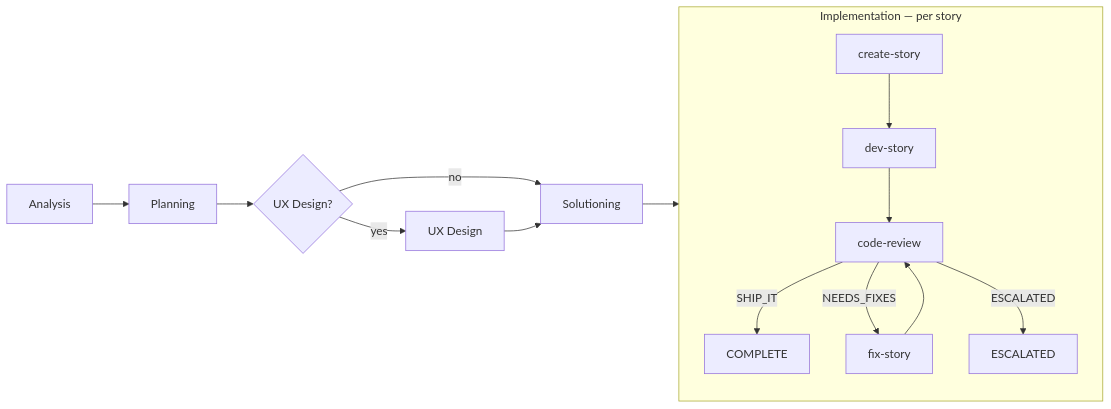
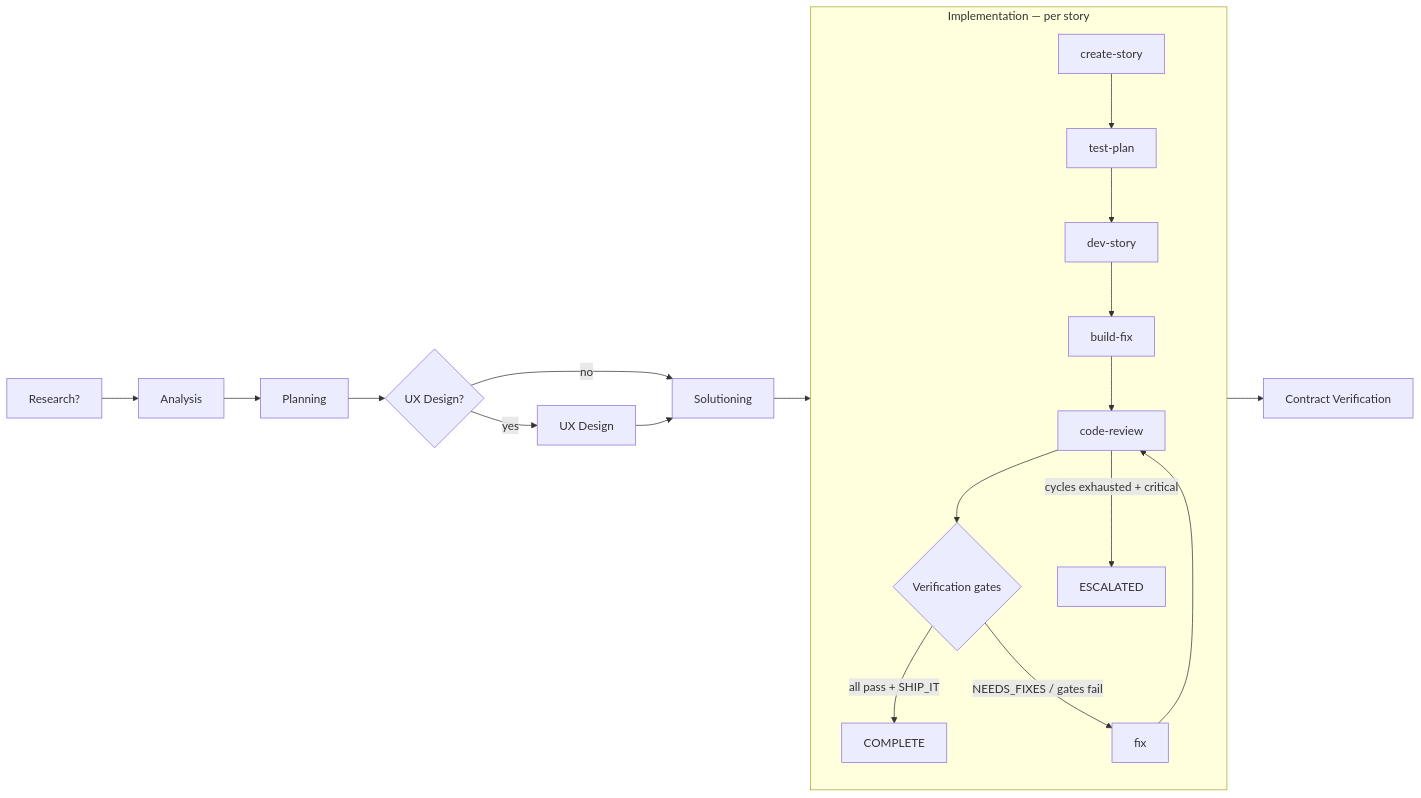
One commit to johnplanow/substrate changed the first of 2 diagrams in docs/pipeline-workflows.md. Above: the diagram before and after it, drawn with Mermaid. The commit also changed other lines of this file and 11 other files, not shown here.

````diff
--- a/docs/pipeline-workflows.md
+++ b/docs/pipeline-workflows.md
@@ -7,19 +9,24 @@
 ```mermaid
 flowchart LR
-    A[Analysis] --> B[Planning]
-    B --> C{UX Design?}
-    C -->|yes| D[UX Design]
-    C -->|no| E[Solutioning]
-    D --> E
-    E --> F[Implementation]
+    A[Research?] --> B[Analysis]
+    B --> C[Planning]
+    C --> D{UX Design?}
+    D -->|yes| E[UX Design]
+    D -->|no| F[Solutioning]
+    E --> F
+    F --> G[Implementation]
+    G --> H[Contract Verification]
 
-    subgraph F[Implementation — per story]
+    subgraph G[Implementation — per story]
         direction TB
-        F1[create-story] --> F2[dev-story]
-        F2 --> F3[code-review]
-        F3 -->|SHIP_IT| F4[COMPLETE]
-        F3 -->|NEEDS_FIXES| F5[fix-story]
-        F5 --> F3
-        F3 -->|ESCALATED| F6[ESCALATED]
+        G1[create-story] --> G2[test-plan]
+        G2 --> G3[dev-story]
+        G3 --> G4[build-fix]
+        G4 --> G5[code-review]
+        G5 --> G6{Verification gates}
+        G6 -->|all pass + SHIP_IT| G7[COMPLETE]
+        G6 -->|NEEDS_FIXES / gates fail| G8[fix]
+        G8 --> G5
+        G5 -->|cycles exhausted + critical| G9[ESCALATED]
     end
 ```
````
